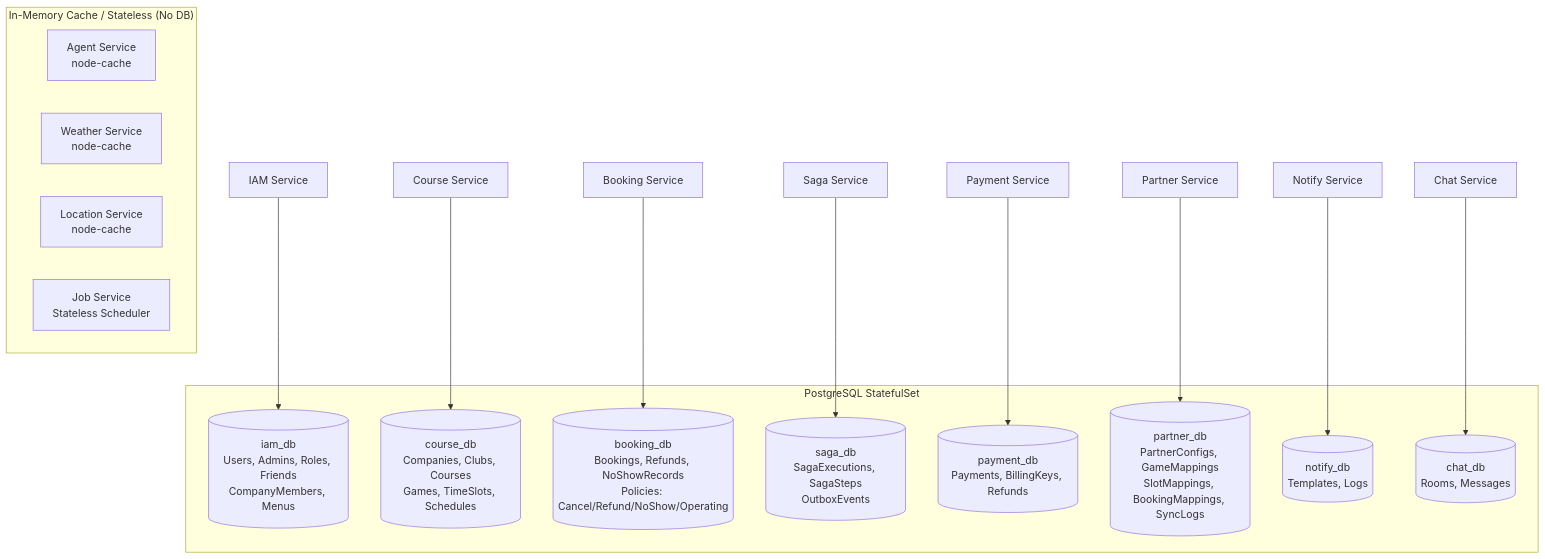
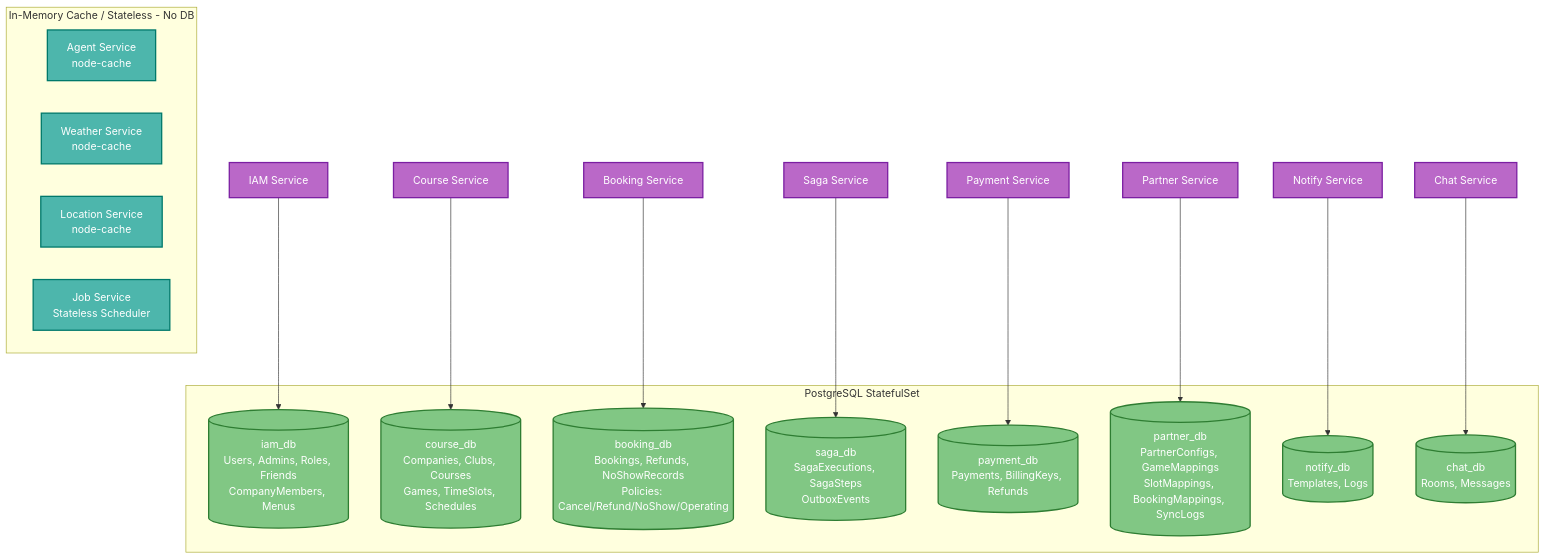
One commit to uniyous/parkgolf-platform changed the fifth of 7 diagrams in docs/architecture/SYSTEM.md. Above: the diagram before and after it, drawn with Mermaid. The commit also changed other lines of this file and 5 other files, not shown here.

First line of the commit message:
docs: 다이어그램 체계 정비 및 문서 개선

````diff
--- a/docs/architecture/SYSTEM.md
+++ b/docs/architecture/SYSTEM.md
@@ -754,29 +485,42 @@
 ```mermaid
-graph TD
-    subgraph "PostgreSQL StatefulSet"
-        IAM_DB[(iam_db<br/>Users, Admins, Roles, Friends<br/>CompanyMembers, Menus)]
-        COURSE_DB[(course_db<br/>Companies, Clubs, Courses<br/>Games, TimeSlots, Schedules)]
-        BOOKING_DB[(booking_db<br/>Bookings, Refunds, NoShowRecords<br/>Policies: Cancel/Refund/NoShow/Operating)]
-        SAGA_DB[(saga_db<br/>SagaExecutions, SagaSteps<br/>OutboxEvents)]
-        PAYMENT_DB[(payment_db<br/>Payments, BillingKeys, Refunds)]
-        PARTNER_DB[(partner_db<br/>PartnerConfigs, GameMappings<br/>SlotMappings, BookingMappings, SyncLogs)]
-        NOTIFY_DB[(notify_db<br/>Templates, Logs)]
-        CHAT_DB[(chat_db<br/>Rooms, Messages)]
-    end
+graph TB
+  classDef service fill:#ba68c8,stroke:#7b1fa2,stroke-width:2px,color:#fff
+  classDef db fill:#81c784,stroke:#2e7d32,stroke-width:2px,color:#fff
+  classDef cache fill:#4db6ac,stroke:#00796b,stroke-width:2px,color:#fff
 
-    IAM[IAM Service] --> IAM_DB
-    COURSE[Course Service] --> COURSE_DB
-    BOOK[Booking Service] --> BOOKING_DB
-    SAGA[Saga Service] --> SAGA_DB
-    PAY[Payment Service] --> PAYMENT_DB
-    PARTNER[Partner Service] --> PARTNER_DB
-    NOTIFY[Notify Service] --> NOTIFY_DB
-    CHAT[Chat Service] --> CHAT_DB
+  IAM["IAM Service"]:::service
+  COURSE["Course Service"]:::service
+  BOOK["Booking Service"]:::service
+  SAGA["Saga Service"]:::service
+  PAY["Payment Service"]:::service
+  PARTNER["Partner Service"]:::service
+  NOTIFY["Notify Service"]:::service
+  CHAT["Chat Service"]:::service
 
-    subgraph "In-Memory Cache / Stateless (No DB)"
-        AGENT[Agent Service<br/>node-cache]
-        WEATHER[Weather Service<br/>node-cache]
-        LOCATION[Location Service<br/>node-cache]
-        JOB[Job Service<br/>Stateless Scheduler]
-    end
+  subgraph PostgreSQL["PostgreSQL StatefulSet"]
+    IAM_DB[("iam_db<br/>Users, Admins, Roles, Friends<br/>CompanyMembers, Menus")]:::db
+    COURSE_DB[("course_db<br/>Companies, Clubs, Courses<br/>Games, TimeSlots, Schedules")]:::db
+    BOOKING_DB[("booking_db<br/>Bookings, Refunds, NoShowRecords<br/>Policies: Cancel/Refund/NoShow/Operating")]:::db
+    SAGA_DB[("saga_db<br/>SagaExecutions, SagaSteps<br/>OutboxEvents")]:::db
+    PAYMENT_DB[("payment_db<br/>Payments, BillingKeys, Refunds")]:::db
+    PARTNER_DB[("partner_db<br/>PartnerConfigs, GameMappings<br/>SlotMappings, BookingMappings, SyncLogs")]:::db
+    NOTIFY_DB[("notify_db<br/>Templates, Logs")]:::db
+    CHAT_DB[("chat_db<br/>Rooms, Messages")]:::db
+  end
+
+  IAM --> IAM_DB
+  COURSE --> COURSE_DB
+  BOOK --> BOOKING_DB
+  SAGA --> SAGA_DB
+  PAY --> PAYMENT_DB
+  PARTNER --> PARTNER_DB
+  NOTIFY --> NOTIFY_DB
+  CHAT --> CHAT_DB
+
+  subgraph NoDB["In-Memory Cache / Stateless - No DB"]
+    AGENT["Agent Service<br/>node-cache"]:::cache
+    WEATHER["Weather Service<br/>node-cache"]:::cache
+    LOCATION["Location Service<br/>node-cache"]:::cache
+    JOB["Job Service<br/>Stateless Scheduler"]:::cache
+  end
 ```
````
